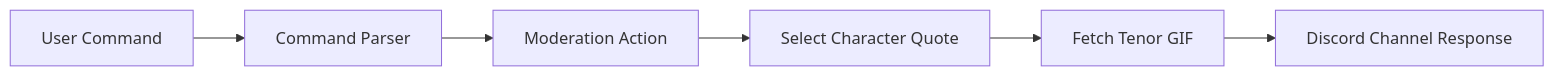
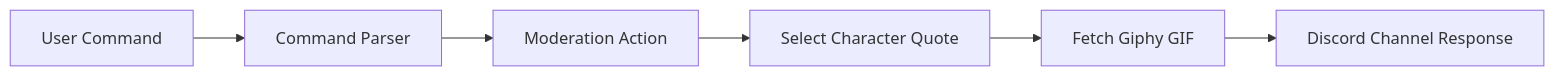
One commit to JEmmanuelAbishai/ryoshu-bot changed the diagram in README.md. Above: the diagram before and after it, drawn with Mermaid. The commit also changed other lines of this file, not shown here.

````diff
--- a/README.md
+++ b/README.md
@@ -50,9 +50,9 @@
 ```mermaid
 graph LR
     A[User Command] --> B[Command Parser]
     B --> C[Moderation Action]
     C --> D[Select Character Quote]
-    D --> E[Fetch Tenor GIF]
+    D --> E[Fetch Giphy GIF]
     E --> F[Discord Channel Response]
   
 ```
````
